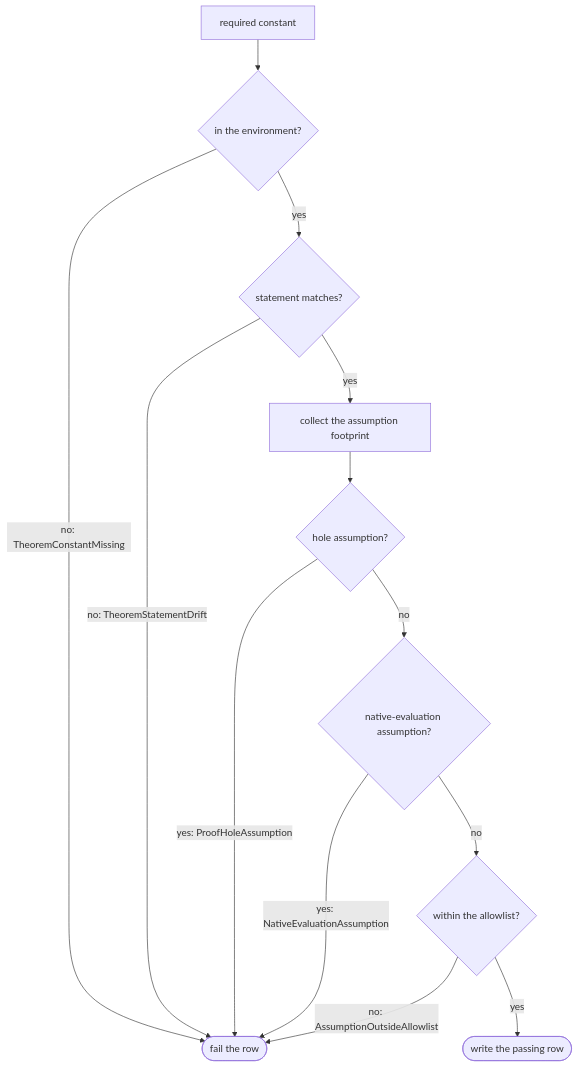
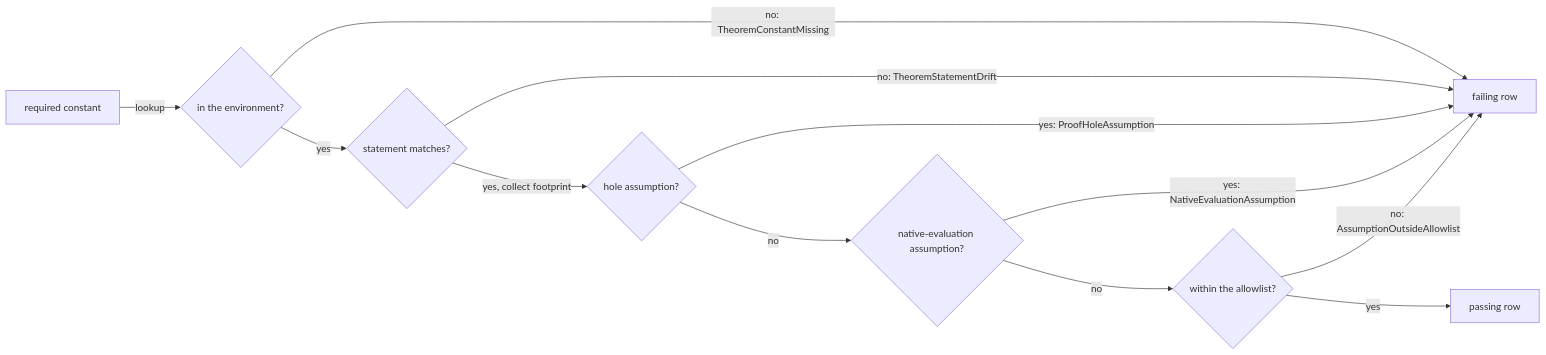
Before and after one commit to fractalboxdev/contextful: the second of 3 diagrams in spec/80-formal.md, drawn with Mermaid. The commit also changed other lines of this file and 31 other files, not shown here.

First line of the commit message:
spec: every diagram draws things as nodes and what flows as labelled edges

````diff
--- a/spec/80-formal.md
+++ b/spec/80-formal.md
@@ -155,15 +156,14 @@
 ```mermaid
-flowchart TD
-  C["required constant"] --> P{"in the environment?"}
-  P -- "no: TheoremConstantMissing" --> X(["fail the row"])
-  P -- yes --> S{"statement matches?"}
-  S -- "no: TheoremStatementDrift" --> X
-  S -- yes --> F["collect the assumption footprint"]
-  F --> H{"hole assumption?"}
-  H -- "yes: ProofHoleAssumption" --> X
-  H -- no --> N{"native-evaluation assumption?"}
-  N -- "yes: NativeEvaluationAssumption" --> X
-  N -- no --> A{"within the allowlist?"}
-  A -- "no: AssumptionOutsideAllowlist" --> X
-  A -- yes --> OK(["write the passing row"])
+flowchart LR
+  C["required constant"] -->|"lookup"| P{"in the environment?"}
+  P -->|"no: TheoremConstantMissing"| X["failing row"]
+  P -->|"yes"| S{"statement matches?"}
+  S -->|"no: TheoremStatementDrift"| X
+  S -->|"yes, collect footprint"| H{"hole assumption?"}
+  H -->|"yes: ProofHoleAssumption"| X
+  H -->|"no"| N{"native-evaluation assumption?"}
+  N -->|"yes: NativeEvaluationAssumption"| X
+  N -->|"no"| A{"within the allowlist?"}
+  A -->|"no: AssumptionOutsideAllowlist"| X
+  A -->|"yes"| OK["passing row"]
 ```
````
